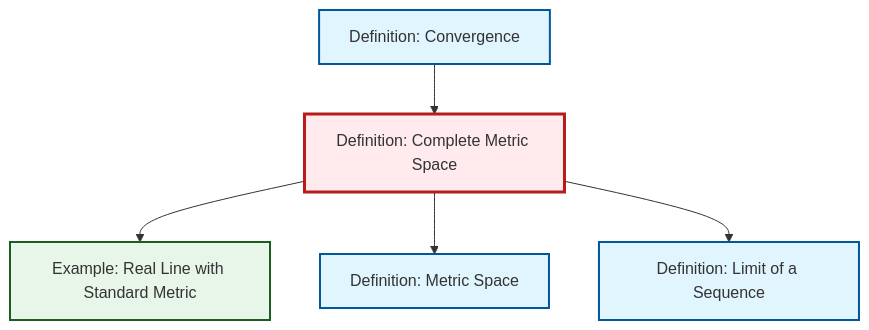
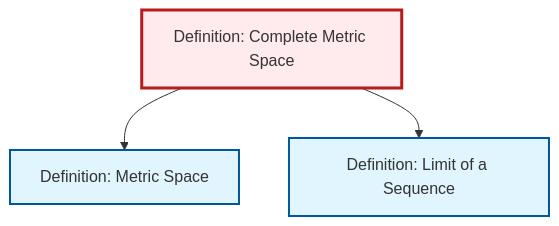
One commit to RK0429/ModernMath changed the diagram in content/en/analysis/def-complete-metric-space.qmd. Above: the diagram before and after it, drawn with Mermaid. The commit also changed 511 other files, not shown here.

````diff
--- a/content/en/analysis/def-complete-metric-space.qmd
+++ b/content/en/analysis/def-complete-metric-space.qmd
@@ -60,24 +60,15 @@
 ```{mermaid}
 %%| fig-cap: "Local dependency graph"
 graph TD
     classDef definition fill:#e1f5fe,stroke:#01579b,stroke-width:2px
     classDef theorem fill:#f3e5f5,stroke:#4a148c,stroke-width:2px
     classDef axiom fill:#fff3e0,stroke:#e65100,stroke-width:2px
     classDef example fill:#e8f5e9,stroke:#1b5e20,stroke-width:2px
     classDef current fill:#ffebee,stroke:#b71c1c,stroke-width:3px
     def-limit["Definition: Limit of a Sequence"]:::definition
-    ex-real-line-metric["Example: Real Line with Standard Metric"]:::example
+    def-metric-space["Definition: Metric Space"]:::definition
     def-complete-metric-space["Definition: Complete Metric Space"]:::definition
-    def-metric-space["Definition: Metric Space"]:::definition
-    def-convergence["Definition: Convergence"]:::definition
-    def-convergence --> def-complete-metric-space
-    def-complete-metric-space --> ex-real-line-metric
     def-complete-metric-space --> def-metric-space
     def-complete-metric-space --> def-limit
     class def-complete-metric-space current
-
-    click def-limit "def-limit.html" "Go to Limit of a Sequence definition"
-    click ex-real-line-metric "ex-real-line-metric.html" "Go to Real Line with Standard Metric example"
-    click def-metric-space "def-metric-space.html" "Go to Metric Space definition"
-    click def-convergence "def-convergence.html" "Go to Convergence definition"
 ```
````
